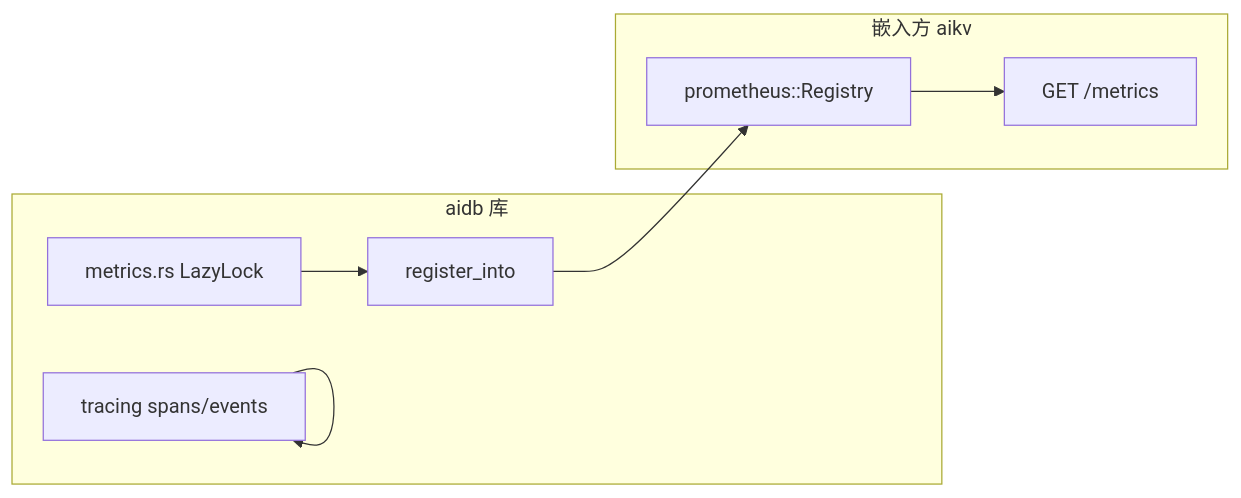
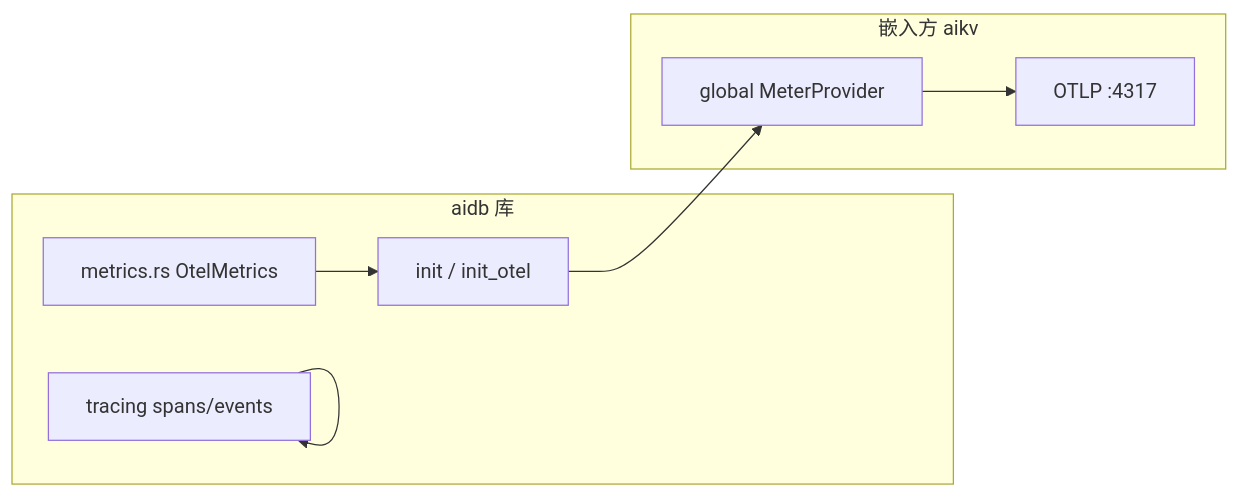
Before and after one commit to Genuineh/AiDb: the diagram in docs/modules/observability.md, drawn with Mermaid. The commit also changed other lines of this file and 3 other files, not shown here.

````diff
--- a/docs/modules/observability.md
+++ b/docs/modules/observability.md
@@ -35,16 +35,16 @@
 ```mermaid
 flowchart LR
   subgraph lib [aidb 库]
     T[tracing spans/events]
-    M[metrics.rs LazyLock]
-    R[register_into]
+    M[metrics.rs OtelMetrics]
+    I[init / init_otel]
   end
   subgraph embed [嵌入方 aikv]
-    REG[prometheus::Registry]
-    HTTP[GET /metrics]
+    MP[global MeterProvider]
+    OTLP[OTLP :4317]
   end
   T --> T
-  M --> R
-  R --> REG
-  REG --> HTTP
+  M --> I
+  I --> MP
+  MP --> OTLP
 ```
````
